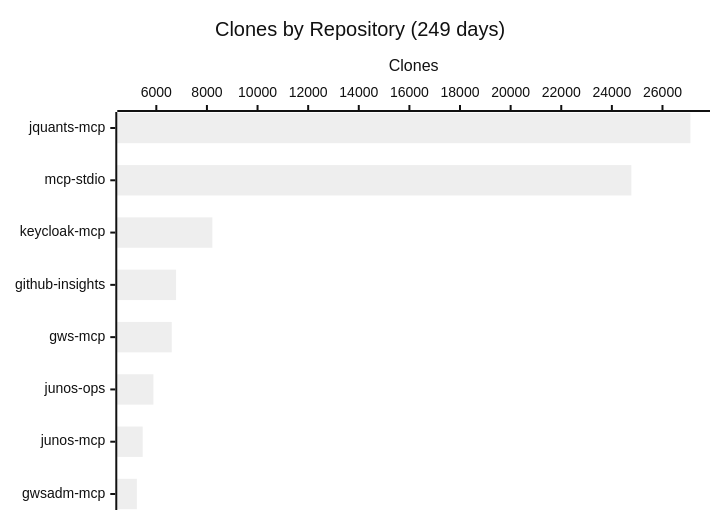
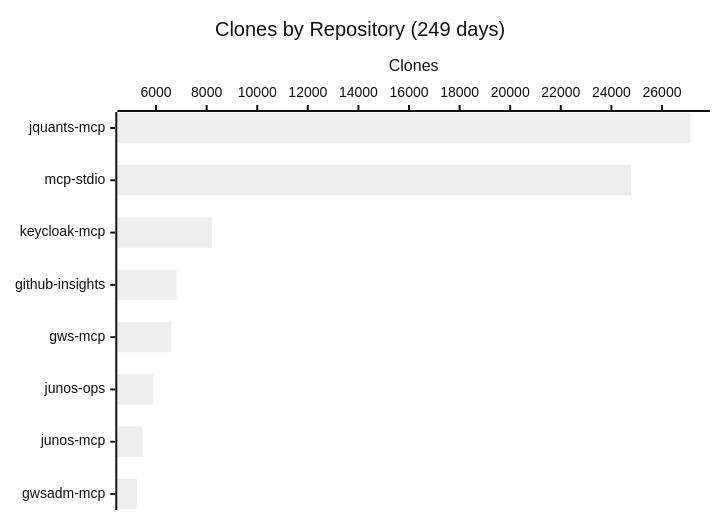
One commit to shigechika/github-insights changed the fourth of 4 diagrams in README.md. Above: the diagram before and after it, drawn with Mermaid (neutral theme). The commit also changed other lines of this file and 1 other file, not shown here.

````diff
--- a/README.md
+++ b/README.md
@@ -58,7 +58,7 @@
 ```mermaid
 xychart-beta horizontal
     title "Clones by Repository (249 days)"
     x-axis ["jquants-mcp", "mcp-stdio", "keycloak-mcp", "github-insights", "gws-mcp", "junos-ops", "junos-mcp", "gwsadm-mcp"]
     y-axis "Clones"
-    bar [27104, 24770, 8215, 6780, 6610, 5886, 5461, 5231]
+    bar [27124, 24770, 8221, 6813, 6610, 5888, 5463, 5241]
 ```
````
